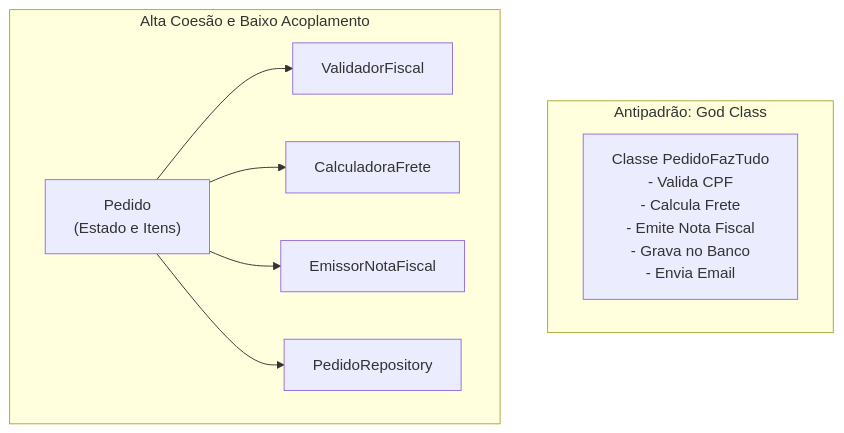
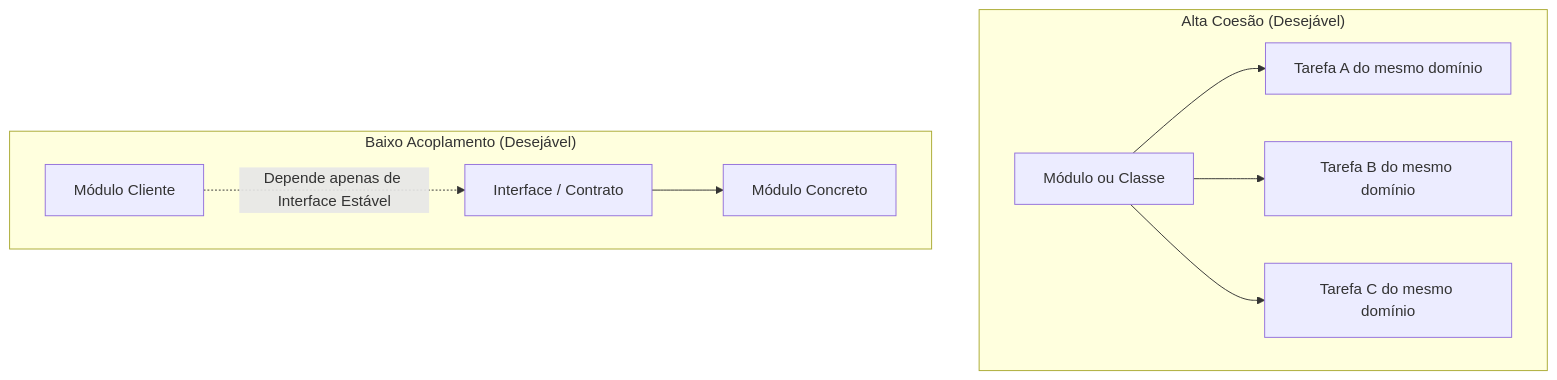
The fifth of 32 diagrams in 4º Semestre/[Prof. Wesley Soares] Engenharia de Software II/Resumos-IA/Simulados-Comentados.md (murilolol/unifef), drawn with Mermaid before and after one commit. The commit also changed other lines of this file and 18 other files, not shown here.

````diff
--- a/4º Semestre/[Prof. Wesley Soares] Engenharia de Software II/Resumos-IA/Simulados-Comentados.md
+++ b/4º Semestre/[Prof. Wesley Soares] Engenharia de Software II/Resumos-IA/Simulados-Comentados.md
@@ -330,13 +326,14 @@
 ```mermaid
 flowchart TD
-    subgraph Antipadrao["Antipadrão: God Class"]
-        G["Classe PedidoFazTudo<br>- Valida CPF<br>- Calcula Frete<br>- Emite Nota Fiscal<br>- Grava no Banco<br>- Envia Email"]
-    end
+ subgraph Coesao["Alta Coesão (Desejável)"]
+ C1["Módulo ou Classe"]
+ C1 --> T1["Tarefa A do mesmo domínio"]
+ C1 --> T2["Tarefa B do mesmo domínio"]
+ C1 --> T3["Tarefa C do mesmo domínio"]
+ end
 
-    subgraph DesignLimpo["Alta Coesão e Baixo Acoplamento"]
-        P["Pedido<br>(Estado e Itens)"] --> V["ValidadorFiscal"]
-        P --> F["CalculadoraFrete"]
-        P --> N["EmissorNotaFiscal"]
-        P --> R["PedidoRepository"]
-    end
+ subgraph Acoplamento["Baixo Acoplamento (Desejável)"]
+ M1["Módulo Cliente"] -.->|Depende apenas de Interface Estável| INT["Interface / Contrato"]
+ INT --> M2["Módulo Concreto"]
+ end
 ```
````
